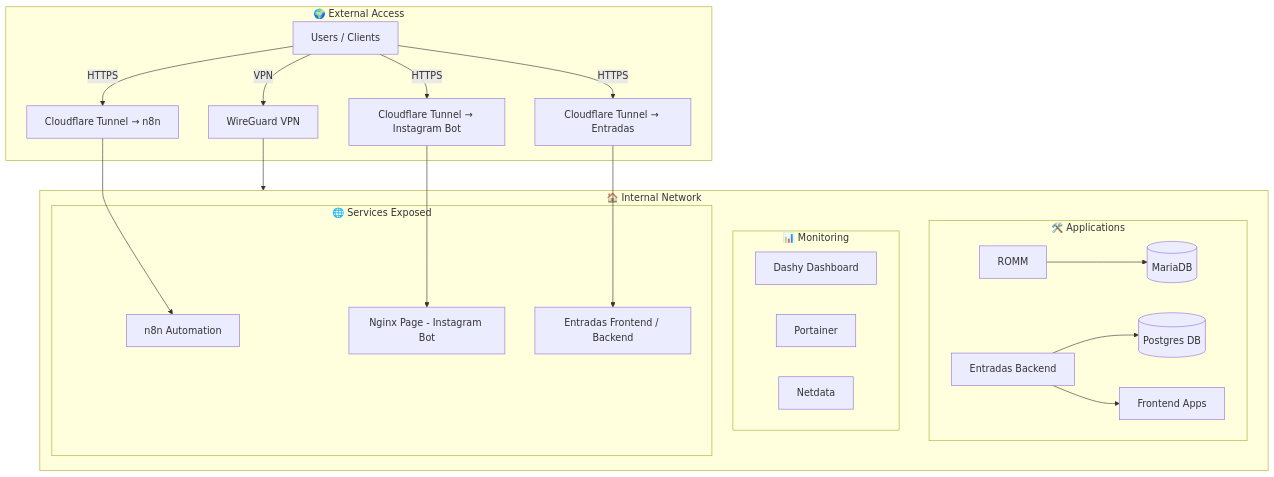
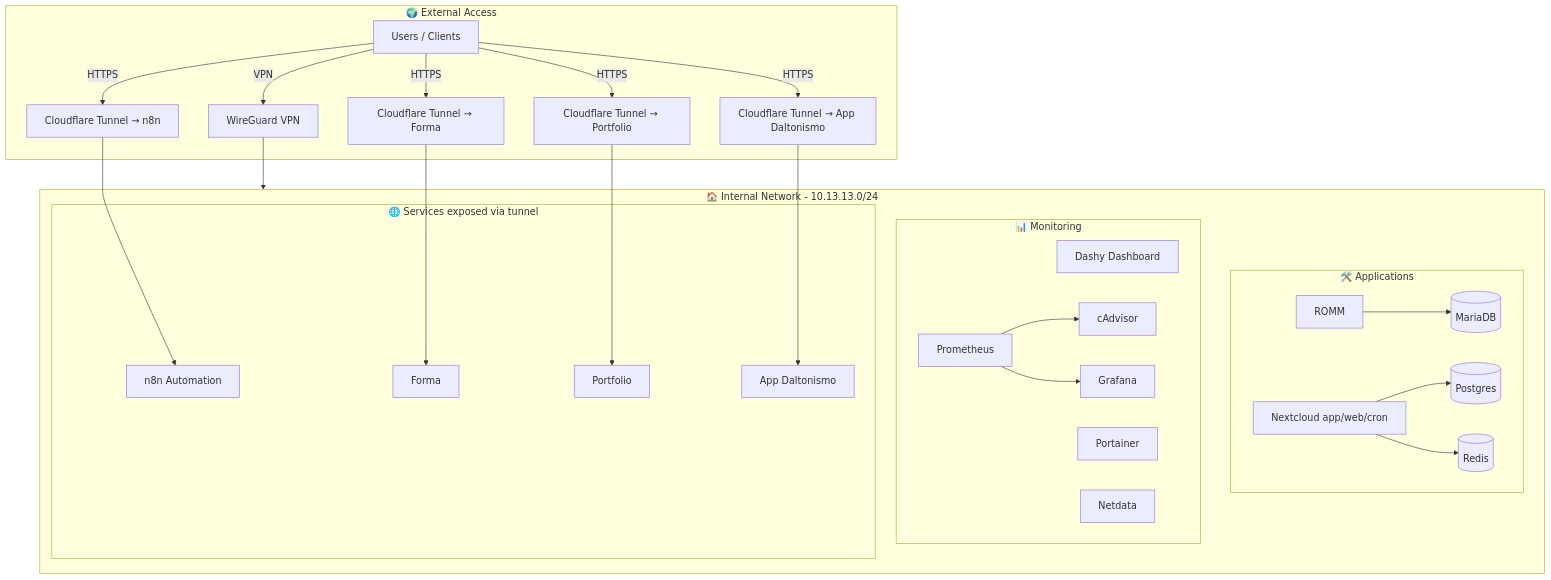
The diagram in README.md (wald16/homelab-infra), drawn with Mermaid before and after one commit. The commit also changed other lines of this file and 10 other files, not shown here.

Commit message:
Actualizar infra: reflejar estado real del server (nextcloud, app-daltonismo, prometheus, servicios activos/legacy)

````diff
--- a/README.md
+++ b/README.md
@@ -44,46 +68,47 @@
 ```mermaid
 flowchart TB
-    %% ==== Acceso Externo ====
     subgraph EXT[🌍 External Access]
         U[Users / Clients]
-        CF1[Cloudflare Tunnel → Entradas]
-        CF2[Cloudflare Tunnel → n8n]
-        CF3[Cloudflare Tunnel → Instagram Bot]
+        CF1[Cloudflare Tunnel → n8n]
+        CF2[Cloudflare Tunnel → Forma]
+        CF3[Cloudflare Tunnel → Portfolio]
+        CF4[Cloudflare Tunnel → App Daltonismo]
         WG[WireGuard VPN]
     end
 
     U -->|VPN| WG
     U -->|HTTPS| CF1
     U -->|HTTPS| CF2
     U -->|HTTPS| CF3
+    U -->|HTTPS| CF4
 
-    %% ==== Red Interna ====
-    subgraph NET[🏠 Internal Network]
+    subgraph NET[🏠 Internal Network - 10.13.13.0/24]
         subgraph APPS[🛠️ Applications]
             R[ROMM] --> MDB[(MariaDB)]
-            EB[Entradas Backend] --> PG[(Postgres DB)]
-            EB --> FE[Frontend Apps]
+            NC[Nextcloud app/web/cron] --> PG[(Postgres)]
+            NC --> RD[(Redis)]
         end
 
         subgraph MON[📊 Monitoring]
             D[Dashy Dashboard]
             P[Portainer]
             ND[Netdata]
+            PR[Prometheus] --> CAD[cAdvisor]
+            PR --> GR[Grafana]
         end
 
-        subgraph EXP[🌐 Services Exposed]
+        subgraph EXP[🌐 Services exposed via tunnel]
             N8N[n8n Automation]
-            NG[Nginx Page - Instagram Bot]
-            FE2[Entradas Frontend / Backend]
+            F[Forma]
+            PF[Portfolio]
+            AD[App Daltonismo]
         end
     end
 
-    %% Conexiones túneles
-    CF1 --> FE2
-    CF2 --> N8N
-    CF3 --> NG
+    CF1 --> N8N
+    CF2 --> F
+    CF3 --> PF
+    CF4 --> AD
 
-    %% Conexión interna
     WG --> NET
-
 ```
````
